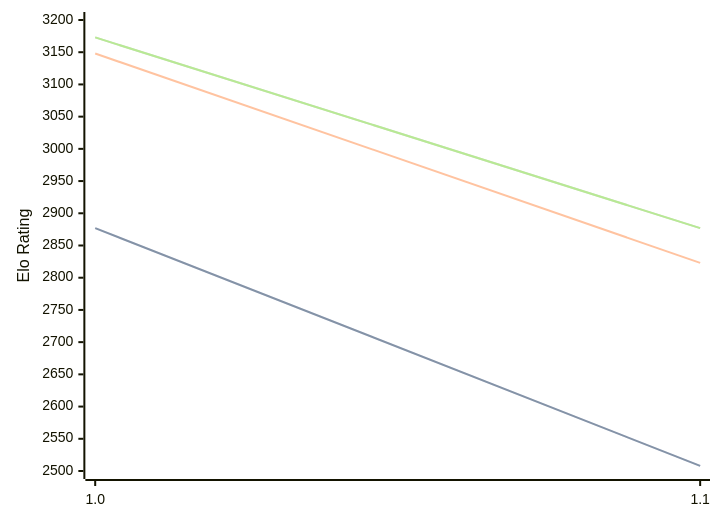
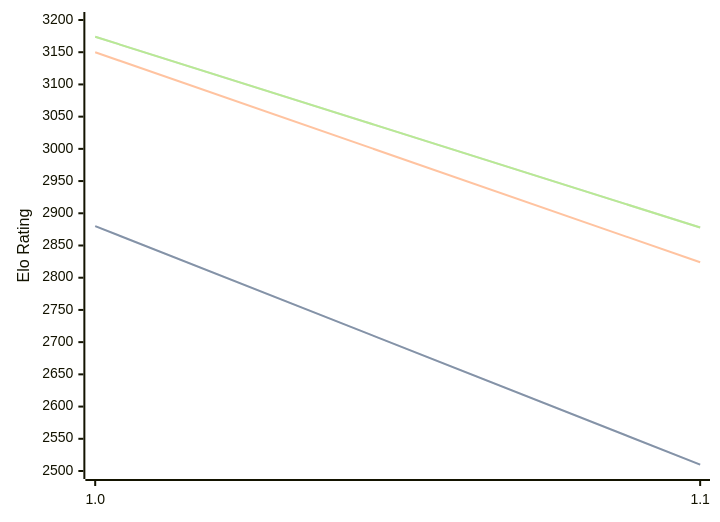
Before and after one commit to computer-chess-index/cci: the diagram in engines/Publius.md, drawn with Mermaid. The commit also changed other lines of this file, not shown here.

Commit message:
Update CCI Ratings (ELO VLTC) - 2026-02-20

````diff
--- a/engines/Publius.md
+++ b/engines/Publius.md
@@ -29,11 +29,11 @@
 ```mermaid
 %%{init: {"theme":"base","themeVariables":{"seriesColors:['#a3a3a3','#222221','#faa371']}}}%%
 xychart-beta
   x-axis ["1.0", "1.1"]
   y-axis "Elo Rating" 2500 --> 3200
-  line "STC (8.0+0.08s)" [2877, 2508]
-  line "STC (8.0+0.08s)" [2877, 2508]
-  line "LTC (60.0+0.60s)" [3148, 2823]
-  line "VLTC (2m24s+1.12s)" [3173, 2877]
-  line "VLTC (2m24s+1.12s)" [3173, 2877]
+  line "STC (8.0+0.08s)" [2880, 2510]
+  line "STC (8.0+0.08s)" [2880, 2510]
+  line "LTC (60.0+0.60s)" [3150, 2824]
+  line "VLTC (2m24s+1.12s)" [3174, 2878]
+  line "VLTC (2m24s+1.12s)" [3174, 2878]
 ```
````
